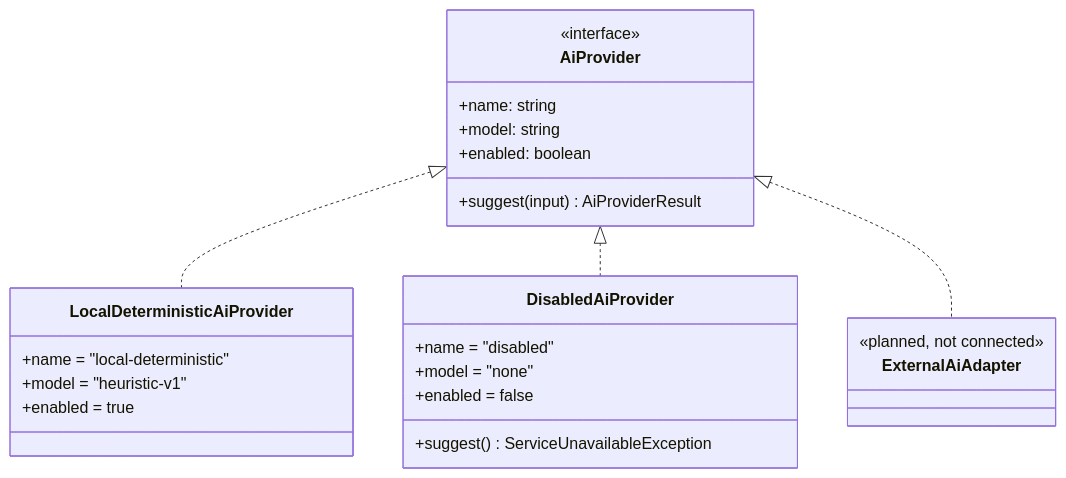
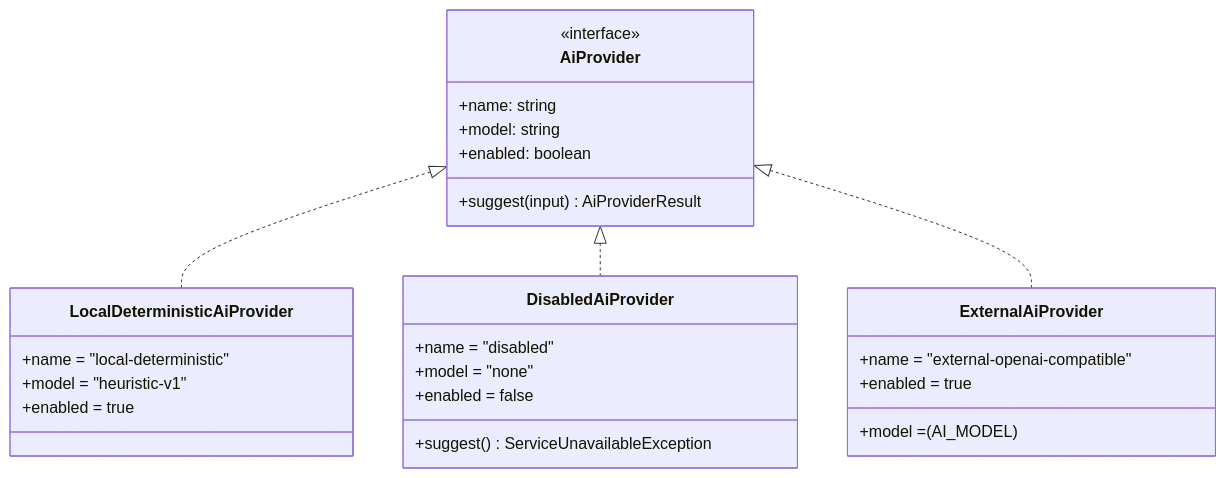
The first of 2 diagrams in docs/architecture/ia-opcional.md (alexsandrosodre/qualitytest), drawn with Mermaid before and after one commit. The commit also changed other lines of this file and 41 other files, not shown here.

````diff
--- a/docs/architecture/ia-opcional.md
+++ b/docs/architecture/ia-opcional.md
@@ -32,27 +32,29 @@
 ```mermaid
 classDiagram
     class AiProvider {
         <<interface>>
         +name: string
         +model: string
         +enabled: boolean
         +suggest(input) AiProviderResult
     }
     class LocalDeterministicAiProvider {
         +name = "local-deterministic"
         +model = "heuristic-v1"
         +enabled = true
     }
     class DisabledAiProvider {
         +name = "disabled"
         +model = "none"
         +enabled = false
         +suggest() ServiceUnavailableException
     }
-    class ExternalAiAdapter {
-        <<planned, not connected>>
+    class ExternalAiProvider {
+        +name = "external-openai-compatible"
+        +model = (AI_MODEL)
+        +enabled = true
     }
     AiProvider <|.. LocalDeterministicAiProvider
     AiProvider <|.. DisabledAiProvider
-    AiProvider <|.. ExternalAiAdapter
+    AiProvider <|.. ExternalAiProvider
 ```
````
